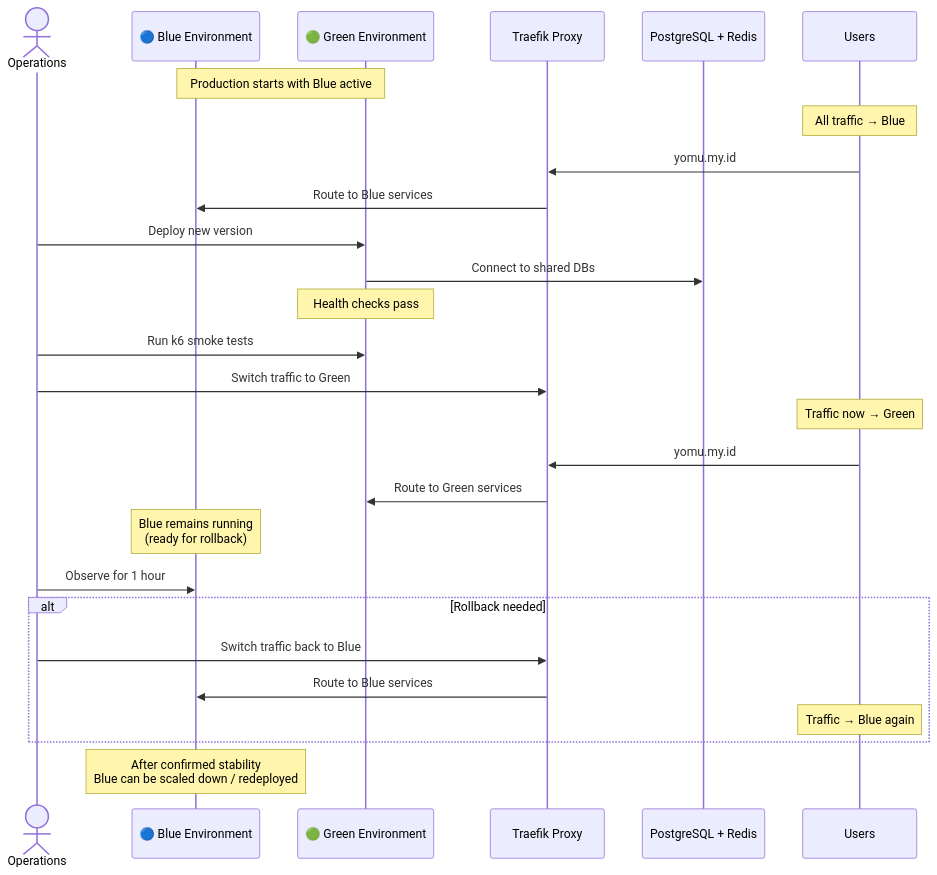
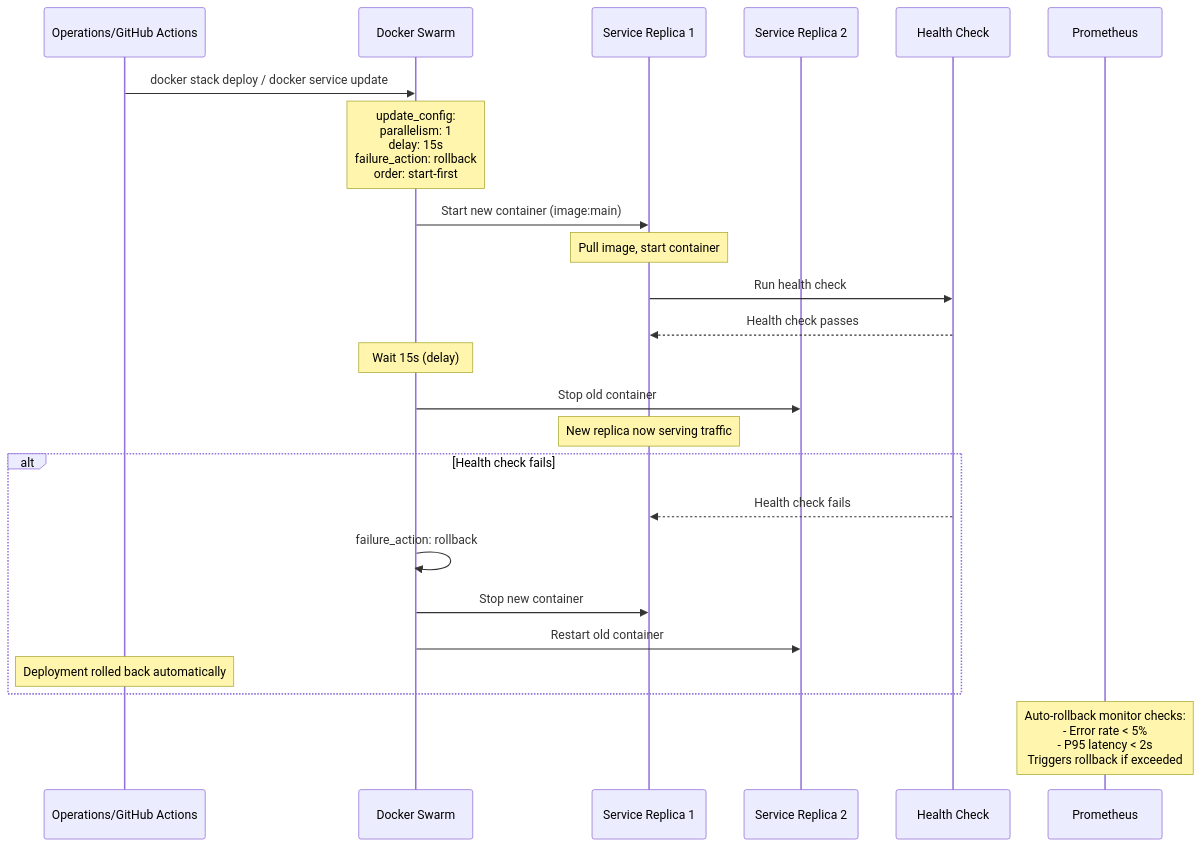
Before and after one commit to advprog-2026-A14-project/yomu-infra: the third of 11 diagrams in ARCHITECTURE.md, drawn with Mermaid. The commit also changed other lines of this file and 11 other files, not shown here.

````diff
--- a/ARCHITECTURE.md
+++ b/ARCHITECTURE.md
@@ -197,35 +216,31 @@
 ```mermaid
 sequenceDiagram
-    actor Ops as Operations
-    participant Blue as 🔵 Blue Environment
-    participant Green as 🟢 Green Environment
-    participant Traefik as Traefik Proxy
-    participant DB as PostgreSQL + Redis
-    participant User as Users
+    participant Ops as Operations/GitHub Actions
+    participant Swarm as Docker Swarm
+    participant S1 as Service Replica 1
+    participant S2 as Service Replica 2
+    participant HC as Health Check
+    participant Prom as Prometheus
 
-    Note over Blue,Green: Production starts with Blue active
-    Note over User: All traffic → Blue
-    User->>Traefik: yomu.my.id
-    Traefik->>Blue: Route to Blue services
+    Ops->>Swarm: docker stack deploy / docker service update
+    Note over Swarm: update_config:<br/>parallelism: 1<br/>delay: 15s<br/>failure_action: rollback<br/>order: start-first
 
-    Ops->>Green: Deploy new version
-    Green->>DB: Connect to shared DBs
-    Note over Green: Health checks pass
-    Ops->>Green: Run k6 smoke tests
+    Swarm->>S1: Start new container (image:main)
+    Note over S1: Pull image, start container
+    S1->>HC: Run health check
+    HC-->>S1: Health check passes
+    Note over Swarm: Wait 15s (delay)
 
-    Ops->>Traefik: Switch traffic to Green
-    Note over User: Traffic now → Green
-    User->>Traefik: yomu.my.id
-    Traefik->>Green: Route to Green services
+    Swarm->>S2: Stop old container
+    Note over S1: New replica now serving traffic
 
-    Note over Blue: Blue remains running<br/>(ready for rollback)
-    Ops->>Blue: Observe for 1 hour
-
-    alt Rollback needed
-        Ops->>Traefik: Switch traffic back to Blue
-        Traefik->>Blue: Route to Blue services
-        Note over User: Traffic → Blue again
+    alt Health check fails
+        HC-->>S1: Health check fails
+        Swarm->>Swarm: failure_action: rollback
+        Swarm->>S1: Stop new container
+        Swarm->>S2: Restart old container
+        Note over Ops: Deployment rolled back automatically
     end
 
-    Note over Blue: After confirmed stability<br/>Blue can be scaled down / redeployed
+    Note over Prom: Auto-rollback monitor checks:<br/>- Error rate < 5%<br/>- P95 latency < 2s<br/>Triggers rollback if exceeded
 ```
````
